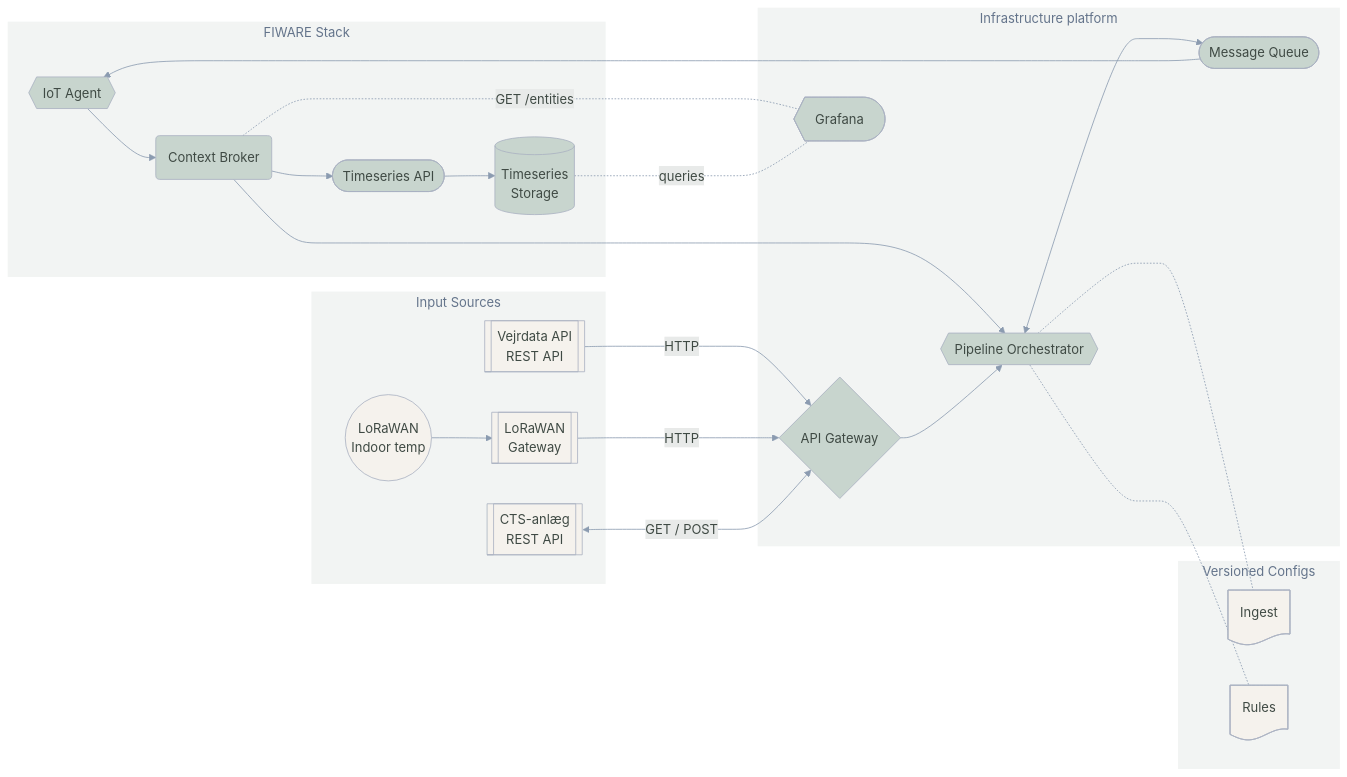
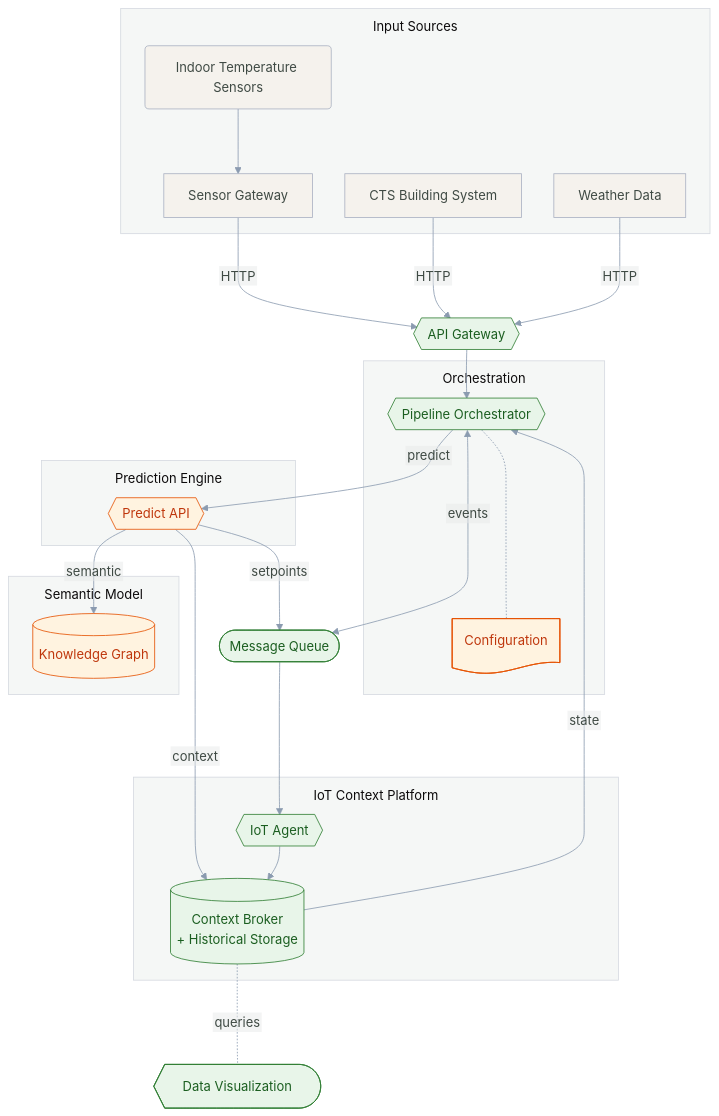
The second of 2 diagrams in docs/content/architecture.md (OS2sandbox/ai-heatcontrol), drawn with Mermaid before and after one commit. The commit also changed other lines of this file and 4 other files, not shown here.

First line of the commit message:
feat(docs): Adapt reference architecture diagram to C4 model for market dialogue purposes

````diff
--- a/docs/content/architecture.md
+++ b/docs/content/architecture.md
@@ -13,54 +50,64 @@
 ```mermaid
-%%{init: {"theme": "base", "themeVariables": {"primaryColor": "#C8D5CE", "primaryTextColor": "#3F4A44", "primaryBorderColor": "#AAB1C2", "lineColor": "#8B9BB0", "secondaryColor": "#D7C1E3", "tertiaryColor": "#F2F4F3", "edgeLabelBackground": "#E8EAE9", "edgeLabelText": "#3F4A44"}}}%%
-flowchart LR
-    subgraph FIWARE ["FIWARE Stack"]
-        style FIWARE fill:#F2F4F3,stroke:#F2F4F3,stroke-width:2px,color:#64748B
-        IOT{{IoT Agent}}
-        ORION("Context Broker")
-        QL(["Timeseries API"])
-        TS[(Timeseries<br/>Storage)]
-    end
-
-    subgraph INPUT ["Input Sources"]
-        style INPUT fill:#F2F4F3,stroke:#F2F4F3,stroke-width:2px,color:#64748B
-        LORA((LoRaWAN<br/>Indoor temp))
-        GATEWAY[[LoRaWAN<br/>Gateway]]
-        CTS[[CTS-anlæg<br/>REST API]]
-        WEATHER[[Vejrdata API<br/>REST API]]
+%%{init: {"theme": "base", "themeVariables": {"primaryColor": "#C8D5CE", "primaryTextColor": "#3F4A44", "primaryBorderColor": "#AAB1C2", "lineColor": "#8B9BB0", "secondaryColor": "#D7C1E3", "tertiaryColor": "#F2F4F3", "edgeLabelBackground": "#E8EAE9", "edgeLabelText": "#3F4A44"}, "flowchart": {"htmlLabels": false, "subGraphTitleMargin": {"top": 12, "bottom": 14}, "nodeSpacing": 40, "rankSpacing": 40}}}%%
+flowchart TB
+    classDef oss fill:#e8f5e9,stroke:#2e7d32,color:#1b5e20
+    classDef custom fill:#fff3e0,stroke:#e65100,color:#bf360c
+    subgraph INPUT["Input Sources"]
+        style INPUT fill:#F5F7F6,stroke:#D5D9E0,stroke-width:1px,color:#3F4A44
+        LORA("Indoor Temperature Sensors")
+        GATEWAY["Sensor Gateway"]
+        CTS["CTS Building System"]
+        WEATHER["Weather Data"]
         style LORA fill:#F5F2ED,color:#3F4A44
         style GATEWAY fill:#F5F2ED,color:#3F4A44
         style CTS fill:#F5F2ED,color:#3F4A44
         style WEATHER fill:#F5F2ED,color:#3F4A44
     end
-    
-    subgraph VCS ["Versioned Configs"]
-        style VCS fill:#F2F4F3,stroke:#F2F4F3,stroke-width:2px,color:#64748B
-        P1@{ shape: doc, label: "Ingest" }
-        P2@{ shape: doc, label: "Rules" }
-        style P1 fill:#F5F2ED,color:#3F4A44
-        style P2 fill:#F5F2ED,color:#3F4A44
+
+    GW{{"API Gateway"}}
+
+    subgraph ORCH["Orchestration"]
+        style ORCH fill:#F5F7F6,stroke:#D5D9E0,stroke-width:1px,color:#3F4A44
+        PIPELINE{{Pipeline Orchestrator}}
+        CONFIG@{shape: doc, label: "Configuration"}
     end
 
-    subgraph PLATFORM ["Infrastructure platform"]
-        style PLATFORM fill:#F2F4F3,stroke:#F2F4F3,stroke-width:2px,color:#64748B
-        NATS(["Message Queue"])
-        INGRESS{API Gateway}
-        PIPELINE{{Pipeline Orchestrator}}
-        GRAFANA@{ shape: curv-trap, label: "Grafana" }
+    subgraph FWARE["IoT Context Platform"]
+        style FWARE fill:#F5F7F6,stroke:#D5D9E0,stroke-width:1px,color:#3F4A44
+        IOT{{IoT Agent}}
+        BROKER[("Context Broker<br/>+ Historical Storage")]
     end
-    
-    
-    ORION --> PIPELINE 
-    PIPELINE -..- P1 & P2
-    WEATHER --->|HTTP| INGRESS
-    LORA --> GATEWAY --->|HTTP| INGRESS
-    INGRESS --> PIPELINE
-    CTS <--->|GET / POST| INGRESS 
 
-    PIPELINE <---> NATS ---------> IOT
-    IOT --> ORION
-    ORION --> QL
-    QL --> TS
-    ORION <-..-|GET /entities| GRAFANA
-    TS <-.-|queries| GRAFANA
+    subgraph SEMANTIC["Semantic Model"]
+        style SEMANTIC fill:#F5F7F6,stroke:#D5D9E0,stroke-width:1px,color:#3F4A44
+        SPARQL[("Knowledge Graph")]
+    end
+
+    subgraph PREDICT["Prediction Engine"]
+        style PREDICT fill:#F5F7F6,stroke:#D5D9E0,stroke-width:1px,color:#3F4A44
+        PREDICT_API{{"Predict API"}}
+    end
+
+    NATS(["Message Queue"])
+
+    GRAFANA@{shape: curv-trap, label: "Data Visualization"}
+
+    LORA ---> GATEWAY
+    GATEWAY --->|HTTP| GW
+    CTS --->|HTTP| GW
+    WEATHER --->|HTTP| GW
+    GW --> PIPELINE
+    PIPELINE -..- CONFIG
+    PIPELINE -->|predict| PREDICT_API
+    PREDICT_API -->|semantic| SPARQL
+    PREDICT_API -->|context| BROKER
+    PREDICT_API -->|setpoints| NATS
+    PIPELINE <--->|events| NATS
+    NATS ---> IOT
+    IOT --> BROKER
+    BROKER -->|state| PIPELINE
+    BROKER <-..-|queries| GRAFANA
+
+    class GW,PIPELINE,IOT,BROKER,NATS,GRAFANA oss
+    class CONFIG,SPARQL,PREDICT_API custom
 ```
````
